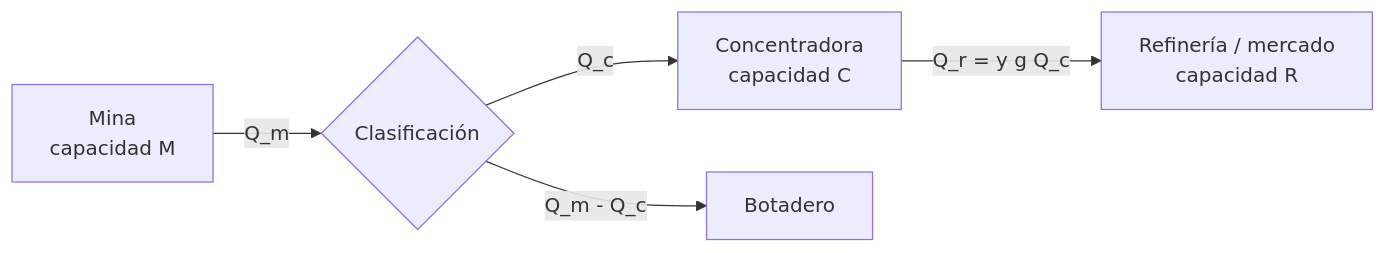
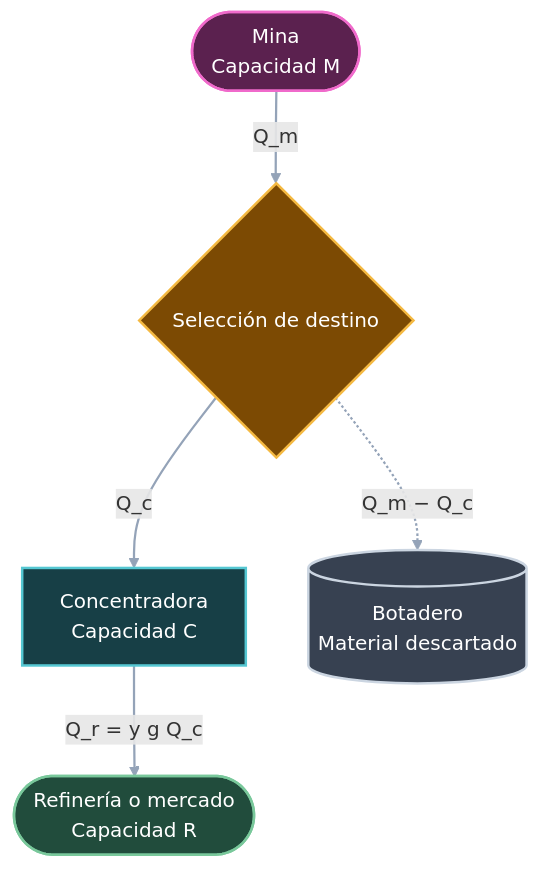
The diagram in articulos/modelos-lane-y-vickers/index.qmd (nerdyminer/nerdyminer.github.io), drawn with Mermaid before and after one commit. The commit also changed 135 other files, not shown here.

````diff
--- a/articulos/modelos-lane-y-vickers/index.qmd
+++ b/articulos/modelos-lane-y-vickers/index.qmd
@@ -82,9 +82,29 @@
 ```{mermaid}
 %%| label: fig-lane-vickers-01
 %%| fig-cap: 'Representación mínima del complejo mina-concentradora-refinería. Cada arco transporta masa o metal y cada nodo puede imponer una restricción de capacidad. Notemos que los nombres "concentradora" y "refinería" son solo ilustrativos, y podemos intercambiarlos por procesos asociados a una línea de procesamiento hidrometalúrgico (por ejemplo, mina–lixiviación-SX-EW).'
-flowchart LR
-    A[Mina<br/>capacidad M] -->|Q_m| B{Clasificación}
-    B -->|Q_c| C[Concentradora<br/>capacidad C]
-    B -->|Q_m - Q_c| D[Botadero]
-    C -->|Q_r = y g Q_c| E[Refinería / mercado<br/>capacidad R]
+flowchart TB
+    A(["Mina<br/>Capacidad M"])
+    B{"Selección de destino"}
+    C["Concentradora<br/>Capacidad C"]
+    D[("Botadero<br/>Material descartado")]
+    E(["Refinería o mercado<br/>Capacidad R"])
+
+    A -->|Q_m| B
+    B -->|Q_c| C
+    C -->|Q_r = y g Q_c| E
+    B -. "Q_m − Q_c" .-> D
+
+    classDef mine fill:#5B214F,stroke:#F06ACB,stroke-width:2px,color:#FFFFFF
+    classDef decision fill:#7C4A03,stroke:#F4B942,stroke-width:2px,color:#FFFFFF
+    classDef process fill:#173F46,stroke:#55C7D2,stroke-width:2px,color:#FFFFFF
+    classDef product fill:#214C3C,stroke:#79C89B,stroke-width:2px,color:#FFFFFF
+    classDef waste fill:#374151,stroke:#CBD5E1,stroke-width:2px,color:#FFFFFF
+
+    class A mine
+    class B decision
+    class C process
+    class E product
+    class D waste
+
+    linkStyle default stroke:#94A3B8,stroke-width:1.8px
 ```
````
